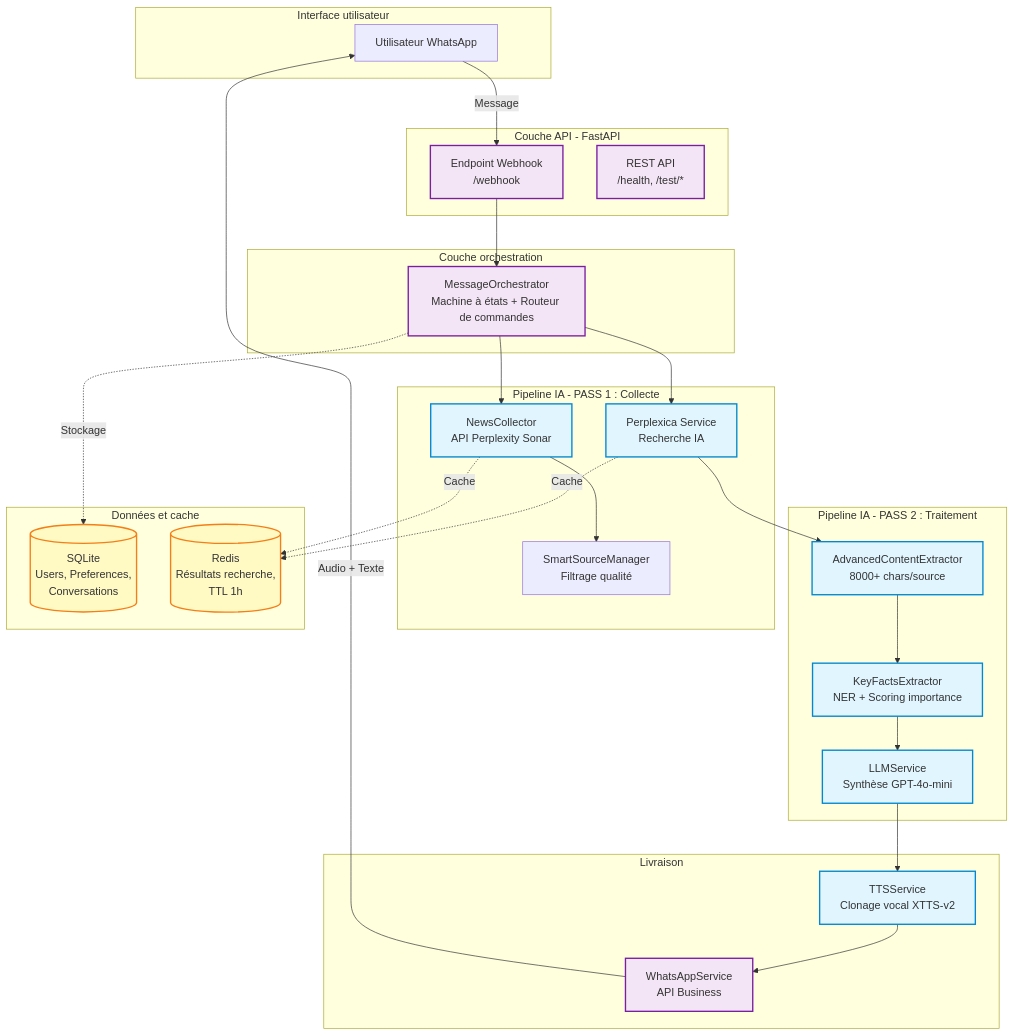
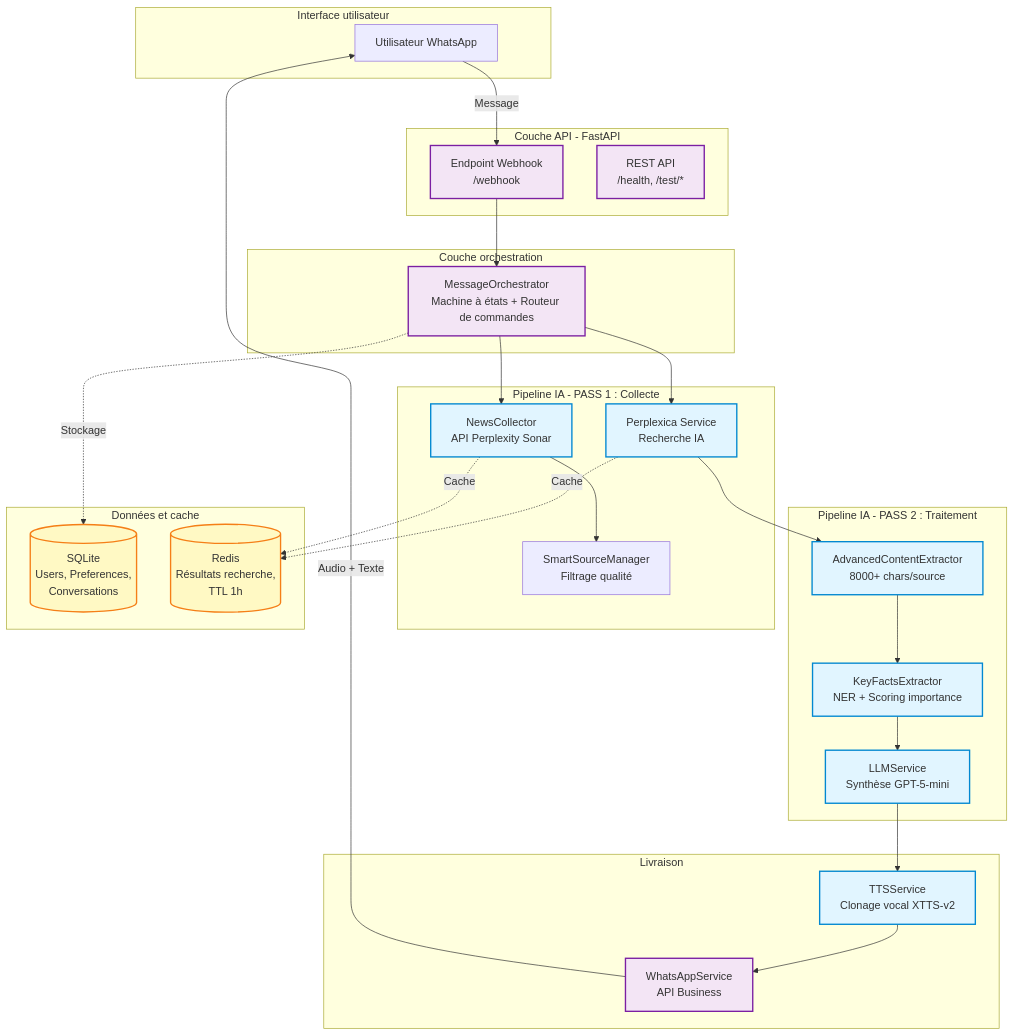
One commit to Aguern/Noto changed the first of 2 diagrams in README.md. Above: the diagram before and after it, drawn with Mermaid. The commit also changed other lines of this file, not shown here.

````diff
--- a/README.md
+++ b/README.md
@@ -34,63 +34,63 @@
 ```mermaid
 graph TB
     subgraph "Interface utilisateur"
         WA[Utilisateur WhatsApp]
     end
 
     subgraph "Couche API - FastAPI"
         WHK[Endpoint Webhook<br/>/webhook]
         API[REST API<br/>/health, /test/*]
     end
 
     subgraph "Couche orchestration"
         ORCH[MessageOrchestrator<br/>Machine à états + Routeur de commandes]
     end
 
     subgraph "Pipeline IA - PASS 1 : Collecte"
         PPX[Perplexica Service<br/>Recherche IA]
         SONAR[NewsCollector<br/>API Perplexity Sonar]
         FILTER[SmartSourceManager<br/>Filtrage qualité]
     end
 
     subgraph "Pipeline IA - PASS 2 : Traitement"
         EXTRACT[AdvancedContentExtractor<br/>8000+ chars/source]
         NER[KeyFactsExtractor<br/>NER + Scoring importance]
-        LLM[LLMService<br/>Synthèse GPT-4o-mini]
+        LLM[LLMService<br/>Synthèse GPT-5-mini]
     end
 
     subgraph "Livraison"
         TTS[TTSService<br/>Clonage vocal XTTS-v2]
         WAAPI[WhatsAppService<br/>API Business]
     end
 
     subgraph "Données et cache"
         DB[(SQLite<br/>Users, Preferences,<br/>Conversations)]
         CACHE[(Redis<br/>Résultats recherche,<br/>TTL 1h)]
     end
 
     WA -->|Message| WHK
     WHK --> ORCH
     ORCH --> PPX
     ORCH --> SONAR
 
     PPX --> EXTRACT
     SONAR --> FILTER
     EXTRACT --> NER
     NER --> LLM
 
     LLM --> TTS
     TTS --> WAAPI
     WAAPI -->|Audio + Texte| WA
 
     ORCH -.->|Stockage| DB
     PPX -.->|Cache| CACHE
     SONAR -.->|Cache| CACHE
 
     classDef ai fill:#e1f5ff,stroke:#0288d1,stroke-width:2px
     classDef infra fill:#f3e5f5,stroke:#7b1fa2,stroke-width:2px
     classDef data fill:#fff9c4,stroke:#f57f17,stroke-width:2px
 
     class PPX,SONAR,EXTRACT,NER,LLM,TTS ai
     class WHK,API,ORCH,WAAPI infra
     class DB,CACHE data
 ```
````
